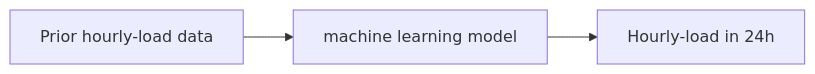
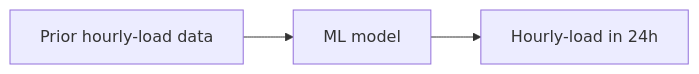
One commit to arthurgassner/swissenergy-frontend changed the diagram in docs/modelling.md. Above: the diagram before and after it, drawn with Mermaid.

Commit message:
Write up modelling section

````diff
--- a/docs/modelling.md
+++ b/docs/modelling.md
@@ -30,4 +30,4 @@
 ```mermaid
 graph LR
-  A[Prior hourly-load data] --> B[machine learning model] --> C[Hourly-load in 24h]
+  A[Prior hourly-load data] --> B[ML model] --> C[Hourly-load in 24h]
 ```
````
